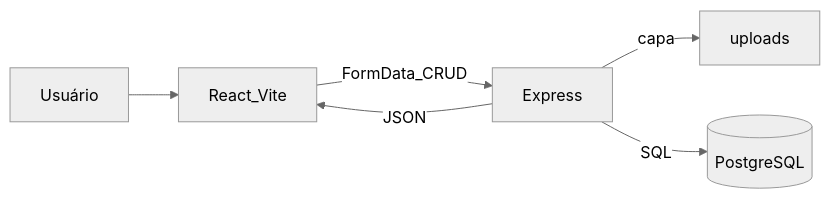
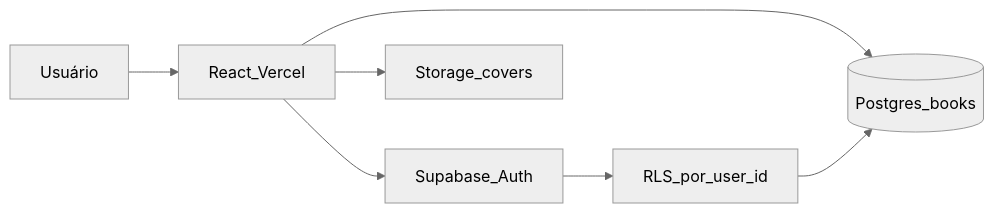
Before and after one commit to adryan1-dev/lbook: the diagram in README.md, drawn with Mermaid (neutral theme). The commit also changed other lines of this file and 17 other files, not shown here.

First line of the commit message:
Add per-account login with Supabase and Vercel hosting.

````diff
--- a/README.md
+++ b/README.md
@@ -173,8 +157,9 @@
 ```mermaid
 flowchart LR
-  User[Usuário] --> UI[React_Vite]
-  UI -->|FormData_CRUD| API[Express]
-  API -->|capa| Disk[uploads]
-  API -->|SQL| DB[(PostgreSQL)]
-  API -->|JSON| UI
+  User[Usuário] --> UI[React_Vercel]
+  UI --> Auth[Supabase_Auth]
+  UI --> DB[(Postgres_books)]
+  UI --> Storage[Storage_covers]
+  Auth --> RLS[RLS_por_user_id]
+  RLS --> DB
 ```
````
